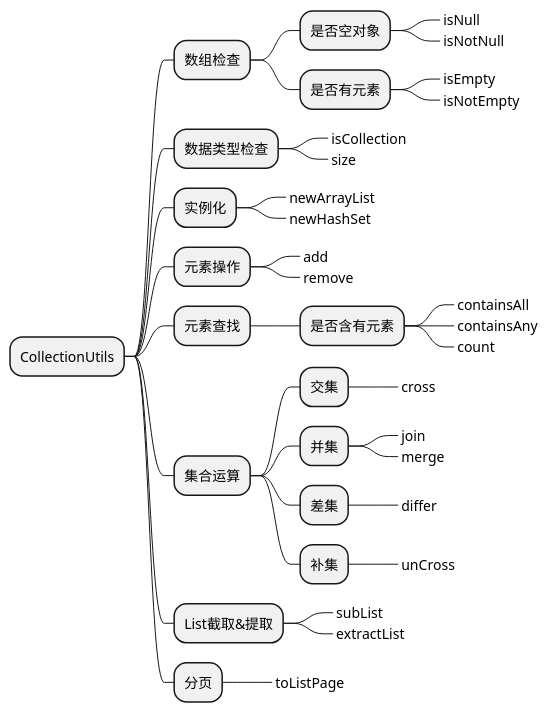
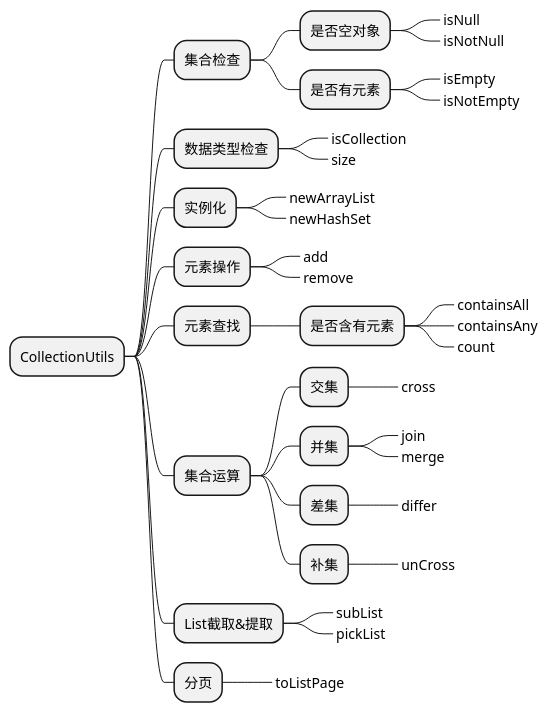
The diagram in beehive-core/src/main/resources/design-thought/util/CollectionUtils-function.puml (akudy/beehive-parent), drawn with PlantUML before and after one commit. The commit also changed 32 other files, not shown here.

```diff
--- a/beehive-core/src/main/resources/design-thought/util/CollectionUtils-function.puml
+++ b/beehive-core/src/main/resources/design-thought/util/CollectionUtils-function.puml
@@ -1,48 +1,48 @@
 @startmindmap
 
 * CollectionUtils
-** 数组检查
+** 集合检查
 ***  是否空对象
 ****_ isNull
 ****_ isNotNull
 *** 是否有元素
 ****_ isEmpty
 ****_ isNotEmpty
 
 ** 数据类型检查
 ***_ isCollection
 ***_ size
 
 ** 实例化
 ***_ newArrayList
 ***_ newHashSet
 
 ** 元素操作
 ***_ add
 ***_ remove
 
 ** 元素查找
 *** 是否含有元素
 ****_ containsAll
 ****_ containsAny
 ****_ count
 
 ** 集合运算
 *** 交集
 ****_ cross
 *** 并集
 ****_ join
 ****_ merge
 *** 差集
 ****_ differ
 *** 补集
 ****_ unCross
 
 ** List截取&提取
 ***_ subList
-***_ extractList
+***_ pickList
 
 ** 分页
 ***_ toListPage
 
 @endmindmap
```
